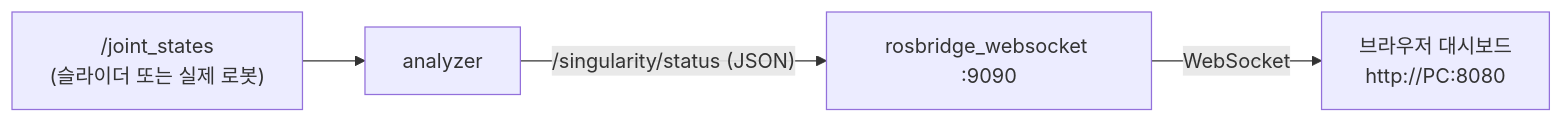
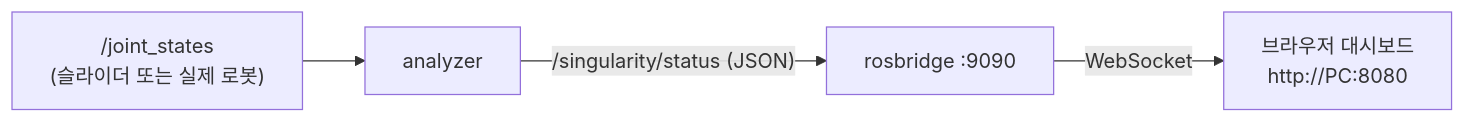
Before and after one commit to yoonheon051/singularity_analysis: the diagram in README.md, drawn with Mermaid. The commit also changed other lines of this file and 6 other files, not shown here.

````diff
--- a/README.md
+++ b/README.md
@@ -606,6 +53,6 @@
 ```mermaid
 flowchart LR
     JS["/joint_states<br/>(슬라이더 또는 실제 로봇)"] --> AN["analyzer"]
-    AN -- "/singularity/status (JSON)" --> RB["rosbridge_websocket :9090"]
+    AN -- "/singularity/status (JSON)" --> RB["rosbridge :9090"]
     RB -- WebSocket --> WEB["브라우저 대시보드<br/>http://PC:8080"]
 ```
````
